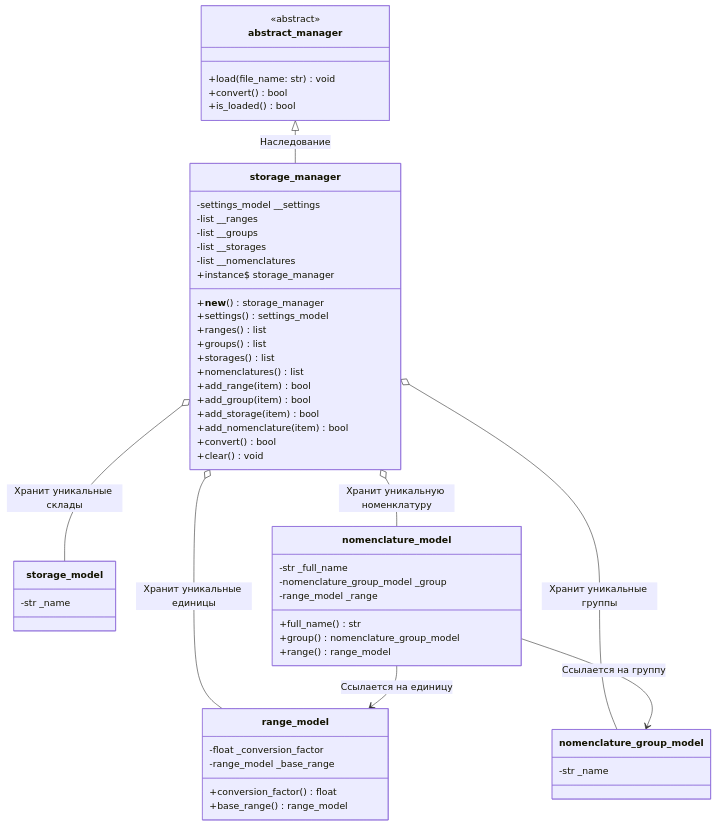
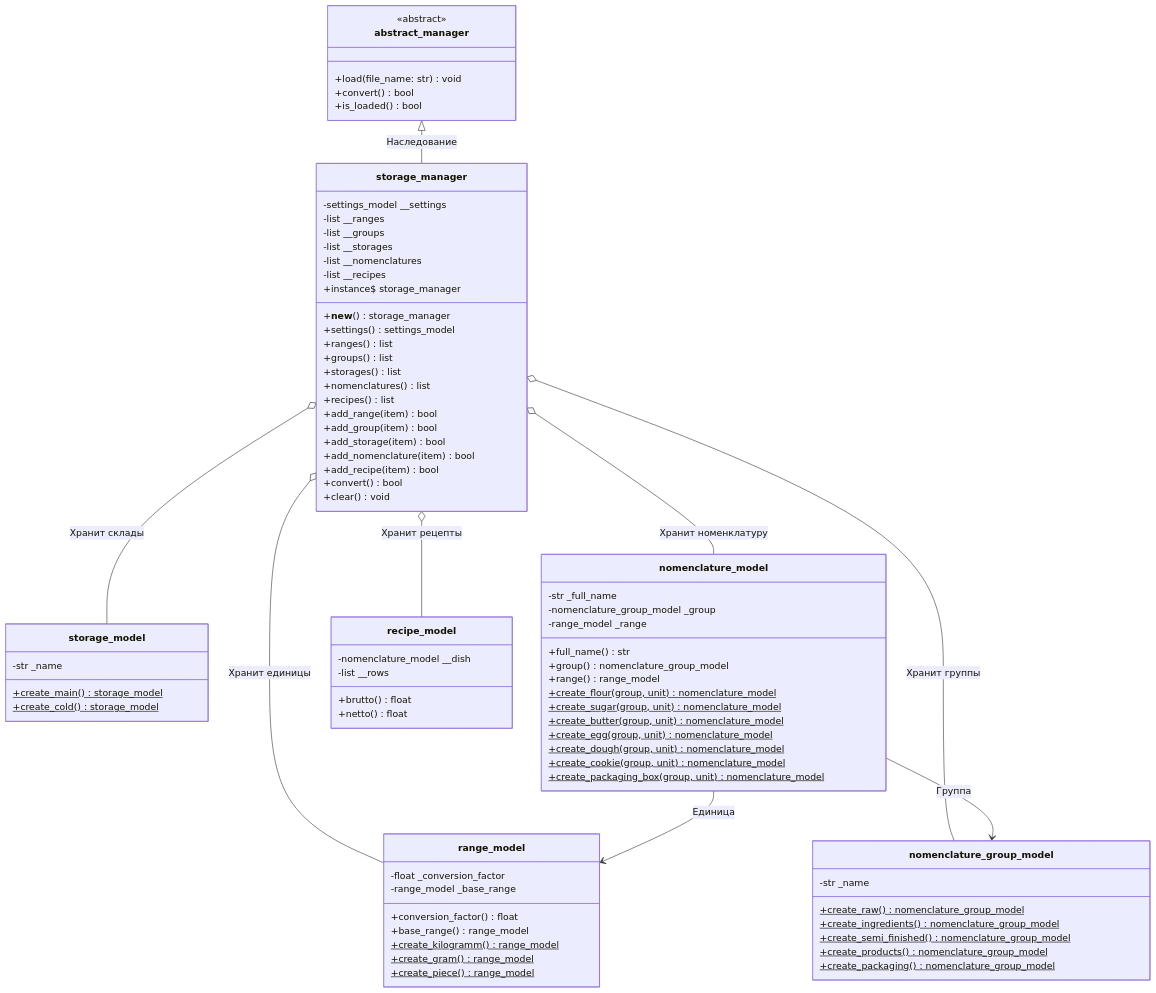
One commit to Vadim077/patterns_lagerev changed the second of 3 diagrams in docs/diagrams.md. Above: the diagram before and after it, drawn with Mermaid. The commit also changed other lines of this file, not shown here.

Commit message:
Add UML class diagrams for recipe domain models

````diff
--- a/docs/diagrams.md
+++ b/docs/diagrams.md
@@ -81,6 +81,7 @@
         -list __groups
         -list __storages
         -list __nomenclatures
+        -list __recipes
         +instance$ storage_manager
         +__new__() storage_manager
         +settings() settings_model
@@ -88,10 +89,12 @@
         +groups() list
         +storages() list
         +nomenclatures() list
+        +recipes() list
         +add_range(item) bool
         +add_group(item) bool
         +add_storage(item) bool
         +add_nomenclature(item) bool
+        +add_recipe(item) bool
         +convert() bool
         +clear() void
     }
@@ -101,14 +104,24 @@
         -range_model _base_range
         +conversion_factor() float
         +base_range() range_model
+        +create_kilogramm()$ range_model
+        +create_gram()$ range_model
+        +create_piece()$ range_model
     }
 
     class nomenclature_group_model {
         -str _name
+        +create_raw()$ nomenclature_group_model
+        +create_ingredients()$ nomenclature_group_model
+        +create_semi_finished()$ nomenclature_group_model
+        +create_products()$ nomenclature_group_model
+        +create_packaging()$ nomenclature_group_model
     }
 
     class storage_model {
         -str _name
+        +create_main()$ storage_model
+        +create_cold()$ storage_model
     }
 
     class nomenclature_model {
@@ -118,13 +131,28 @@
         +full_name() str
         +group() nomenclature_group_model
         +range() range_model
+        +create_flour(group, unit)$ nomenclature_model
+        +create_sugar(group, unit)$ nomenclature_model
+        +create_butter(group, unit)$ nomenclature_model
+        +create_egg(group, unit)$ nomenclature_model
+        +create_dough(group, unit)$ nomenclature_model
+        +create_cookie(group, unit)$ nomenclature_model
+        +create_packaging_box(group, unit)$ nomenclature_model
+    }
+
+    class recipe_model {
+        -nomenclature_model __dish
+        -list __rows
+        +brutto() float
+        +netto() float
     }
 
     abstract_manager <|-- storage_manager : Наследование
-    storage_manager o-- range_model : Хранит уникальные единицы
-    storage_manager o-- nomenclature_group_model : Хранит уникальные группы
-    storage_manager o-- storage_model : Хранит уникальные склады
-    storage_manager o-- nomenclature_model : Хранит уникальную номенклатуру
-    nomenclature_model --> nomenclature_group_model : Ссылается на группу
-    nomenclature_model --> range_model : Ссылается на единицу
+    storage_manager o-- range_model : Хранит единицы
+    storage_manager o-- nomenclature_group_model : Хранит группы
+    storage_manager o-- storage_model : Хранит склады
+    storage_manager o-- nomenclature_model : Хранит номенклатуру
+    storage_manager o-- recipe_model : Хранит рецепты
+    nomenclature_model --> nomenclature_group_model : Группа
+    nomenclature_model --> range_model : Единица
 ```
````
